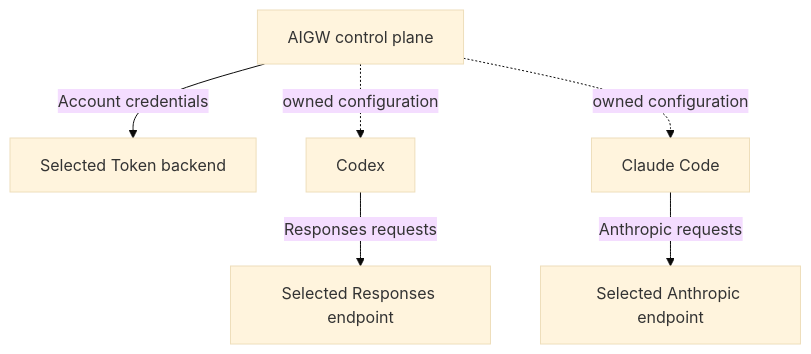
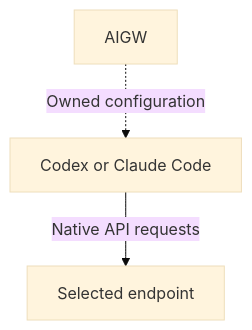
Before and after one commit to HengYangDS/aigw-cli: the diagram in docs/architecture/authority-and-projection-boundary.md, drawn with Mermaid (base theme). The commit also changed other lines of this file and 7 other files, not shown here.

Commit message:
docs: simplify diagrams and preserve narrow-screen readability

````diff
--- a/docs/architecture/authority-and-projection-boundary.md
+++ b/docs/architecture/authority-and-projection-boundary.md
@@ -29,10 +29,7 @@
 ```mermaid
 flowchart TB
     accTitle: Configuration ownership is separate from model traffic
-    accDescr: AIGW manages configuration and Account credentials. Native clients call their selected endpoints; an optional gateway is an endpoint choice, not a service owned by AIGW.
-    A["AIGW control plane"] -->|Account credentials| K["Selected Token backend"]
-    A -. owned configuration .-> C["Codex"]
-    A -. owned configuration .-> L["Claude Code"]
-    C -->|Responses requests| R["Selected Responses endpoint"]
-    L -->|Anthropic requests| H["Selected Anthropic endpoint"]
+    accDescr: AIGW configures the native client. Codex or Claude Code sends API requests to its selected endpoint. An optional gateway is an endpoint choice, not a service owned by AIGW.
+    A["AIGW"] -. Owned configuration .-> C["Codex or Claude Code"]
+    C -->|Native API requests| E["Selected endpoint"]
 ```
````
